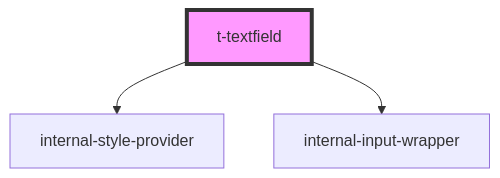
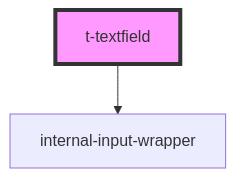
The diagram in packages/t-web-components/src/components/t-textfield/readme.md (TomasEng/web-components), drawn with Mermaid before and after one commit. The commit also changed other lines of this file and 63 other files, not shown here.

````diff
--- a/packages/t-web-components/src/components/t-textfield/readme.md
+++ b/packages/t-web-components/src/components/t-textfield/readme.md
@@ -32,6 +31,5 @@
 ```mermaid
 graph TD;
-  t-textfield --> internal-style-provider
   t-textfield --> internal-input-wrapper
   style t-textfield fill:#f9f,stroke:#333,stroke-width:4px
 ```
````
